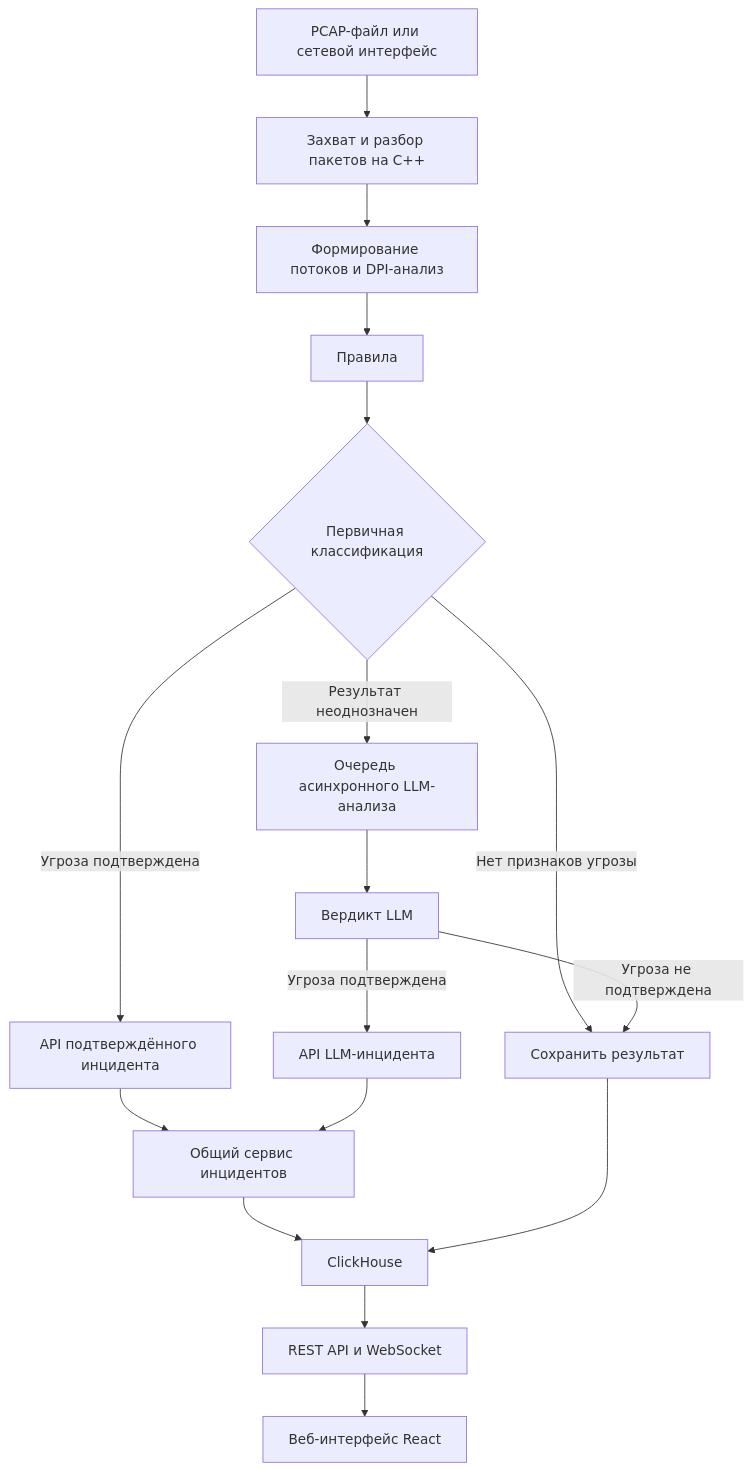
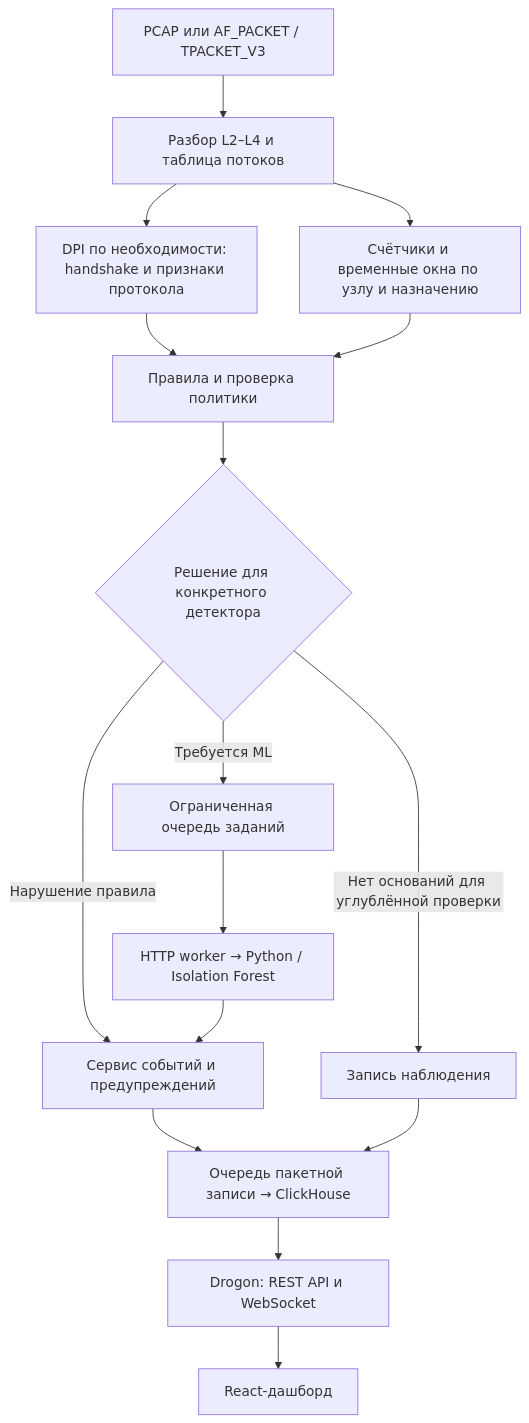
The diagram in docs/ARCHITECTURE_AND_DECISIONS.md (criizx/Militantyx), drawn with Mermaid before and after one commit. The commit also changed other lines of this file and 7 other files, not shown here.

````diff
--- a/docs/ARCHITECTURE_AND_DECISIONS.md
+++ b/docs/ARCHITECTURE_AND_DECISIONS.md
@@ -17,22 +31,18 @@
 ```mermaid
 flowchart TD
-    A["PCAP-файл или сетевой интерфейс"] --> B["Захват и разбор пакетов на C++"]
-    B --> C["Формирование потоков и DPI-анализ"]
-    C --> D["Правила"]
-    D --> E{"Первичная классификация"}
-
-    E -->|Нет признаков угрозы| F["Сохранить результат"]
-    E -->|Угроза подтверждена| G["API подтверждённого инцидента"]
-    E -->|Результат неоднозначен| H["Очередь асинхронного LLM-анализа"]
-
-    H --> I["Вердикт LLM"]
-    I -->|Угроза подтверждена| J["API LLM-инцидента"]
-    I -->|Угроза не подтверждена| F
-
-    G --> K["Общий сервис инцидентов"]
-    J --> K
-    K --> L["ClickHouse"]
-    F --> L
-    L --> M["REST API и WebSocket"]
-    M --> N["Веб-интерфейс React"]
+    A["PCAP или AF_PACKET / TPACKET_V3"] --> B["Разбор L2–L4 и таблица потоков"]
+    B --> C["DPI по необходимости: handshake и признаки протокола"]
+    B --> D["Счётчики и временные окна по узлу и назначению"]
+    C --> E["Правила и проверка политики"]
+    D --> E
+    E --> F{"Решение для конкретного детектора"}
+    F -->|Нарушение правила| G["Сервис событий и предупреждений"]
+    F -->|Нет оснований для углублённой проверки| H["Запись наблюдения"]
+    F -->|Требуется ML| I["Ограниченная очередь заданий"]
+    I --> J["HTTP worker → Python / Isolation Forest"]
+    J --> G
+    G --> K["Очередь пакетной записи → ClickHouse"]
+    H --> K
+    K --> L["Drogon: REST API и WebSocket"]
+    L --> M["React-дашборд"]
 ```
````
